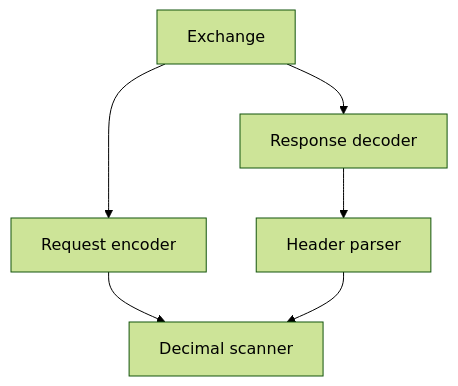
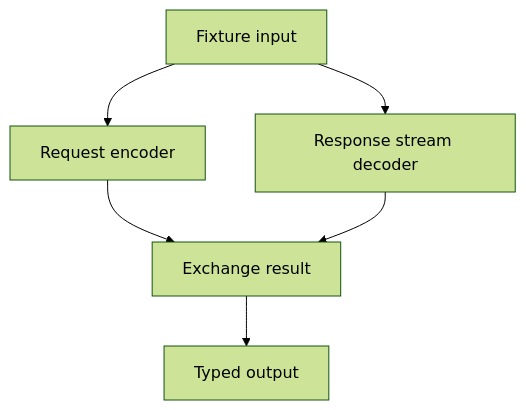
One commit to haha-systems/nexa changed the diagram in docs/core1.md. Above: the diagram before and after it, drawn with Mermaid (forest theme). The commit also changed other lines of this file and 20 other files, not shown here.

````diff
--- a/docs/core1.md
+++ b/docs/core1.md
@@ -34,8 +36,8 @@
 ```mermaid
 graph TD
-    Exchange[Exchange] --> Request[Request encoder]
-    Exchange --> Response[Response decoder]
-    Response --> Headers[Header parser]
-    Request --> Decimal[Decimal scanner]
-    Headers --> Decimal
+    Input[Fixture input] --> Request[Request encoder]
+    Input --> Stream[Response stream decoder]
+    Request --> Result[Exchange result]
+    Stream --> Result
+    Result --> Output[Typed output]
 ```
````
